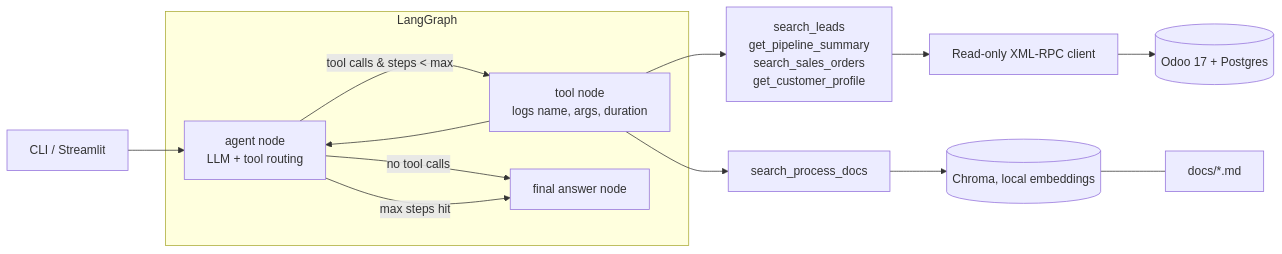
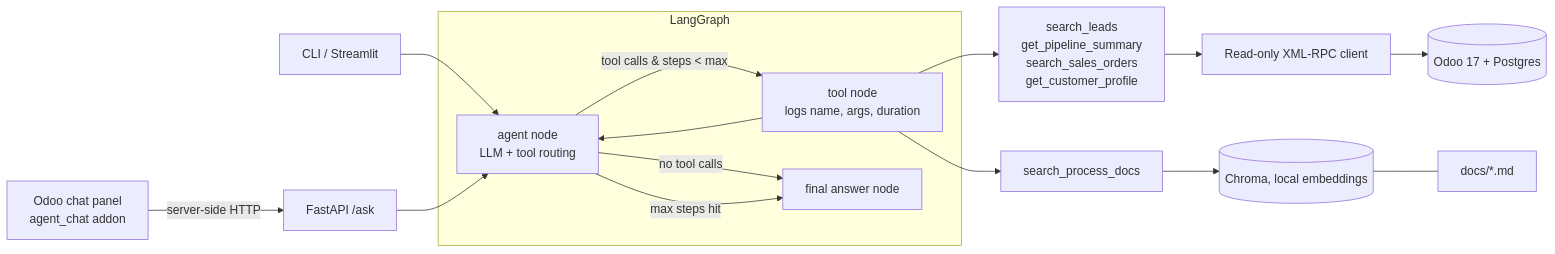
One commit to abdelrahmansharafx/odoo-ops-agent changed the diagram in README.md. Above: the diagram before and after it, drawn with Mermaid. The commit also changed other lines of this file and 2 other files, not shown here.

Commit message:
Make init idempotent, fix chat icon colour, document Odoo chat panel

````diff
--- a/README.md
+++ b/README.md
@@ -9,14 +9,15 @@
 ```mermaid
 flowchart LR
     U[CLI / Streamlit] --> A
+    OD[Odoo chat panel<br/>agent_chat addon] -->|server-side HTTP| API[FastAPI /ask] --> A
     subgraph Graph["LangGraph"]
         A[agent node<br/>LLM + tool routing] -->|tool calls & steps < max| T[tool node<br/>logs name, args, duration]
         T --> A
         A -->|no tool calls| F[final answer node]
         A -->|max steps hit| F
     end
     T --> L[search_leads<br/>get_pipeline_summary<br/>search_sales_orders<br/>get_customer_profile]
     T --> R[search_process_docs]
     L --> C[Read-only XML-RPC client] --> O[(Odoo 17 + Postgres)]
     R --> V[(Chroma, local embeddings)] --- D[docs/*.md]
 ```
````
